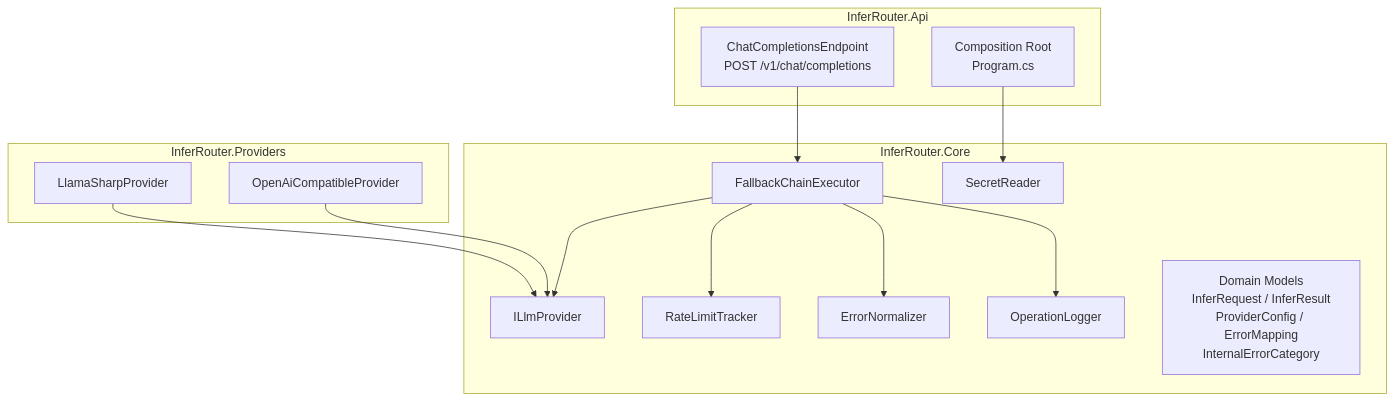
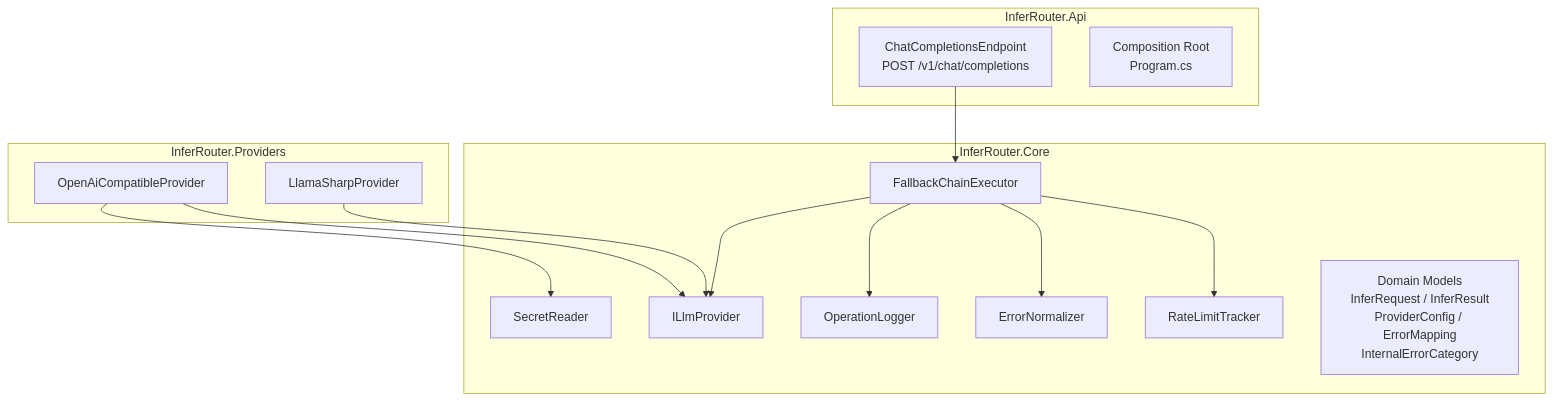
One commit to vvidman/InferRouter changed the diagram in docs/architecture.md. Above: the diagram before and after it, drawn with Mermaid. The commit also changed other lines of this file and 7 other files, not shown here.

````diff
--- a/docs/architecture.md
+++ b/docs/architecture.md
@@ -36,31 +36,31 @@
 ```mermaid
 flowchart TD
     subgraph InferRouter.Api
         EP[ChatCompletionsEndpoint\nPOST /v1/chat/completions]
         DI[Composition Root\nProgram.cs]
     end
 
     subgraph InferRouter.Core
         IFACE[ILlmProvider]
         FCE[FallbackChainExecutor]
         RLT[RateLimitTracker]
         EN[ErrorNormalizer]
         OL[OperationLogger]
         SR[SecretReader]
         MODELS[Domain Models\nInferRequest / InferResult\nProviderConfig / ErrorMapping\nInternalErrorCategory]
     end
 
     subgraph InferRouter.Providers
         OAP[OpenAiCompatibleProvider]
         LSP[LlamaSharpProvider]
     end
 
     EP --> FCE
     FCE --> RLT
     FCE --> EN
     FCE --> OL
     FCE --> IFACE
     OAP --> IFACE
     LSP --> IFACE
-    DI --> SR
+    OAP --> SR
 ```
````
